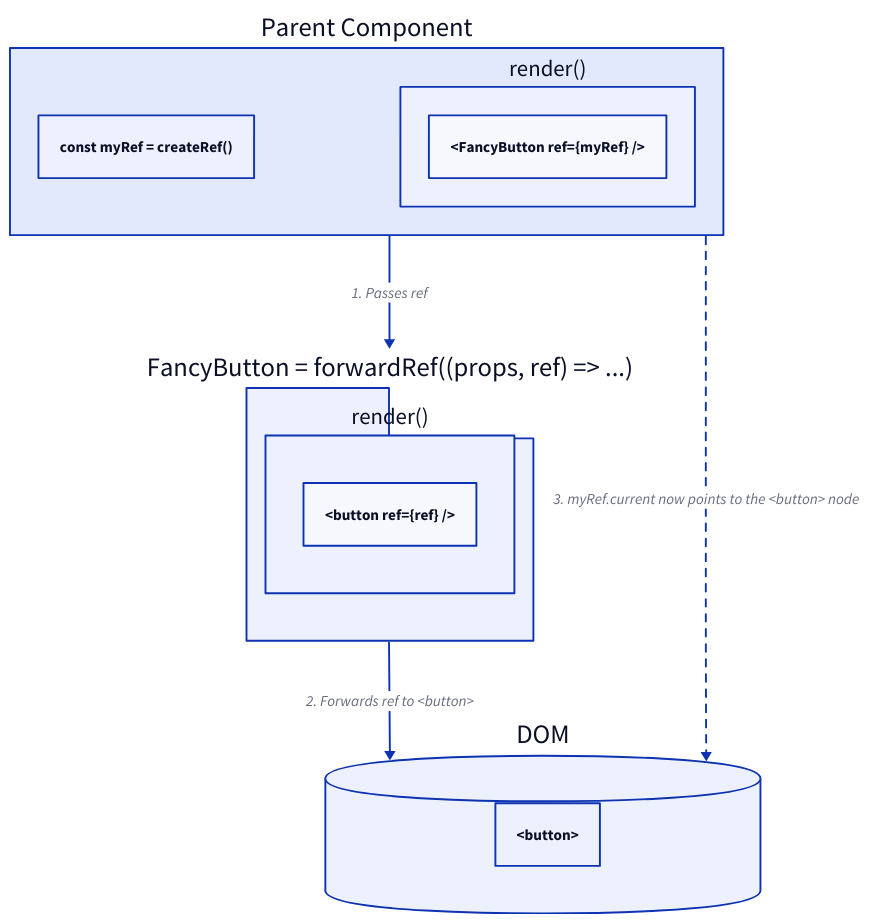
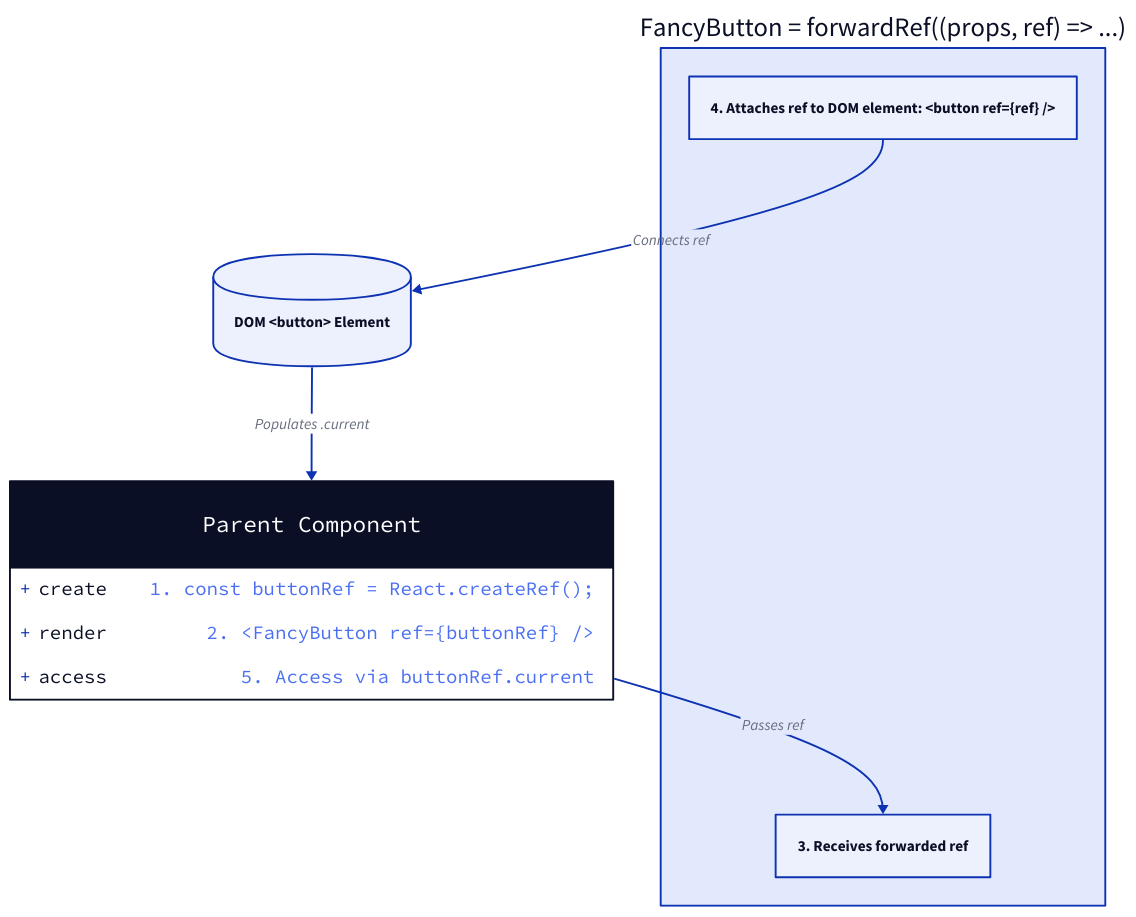
Before and after one commit to lban2049/react: the diagram in packages/react/.aigne/doc-smith/docs/core-apis-refs.md, drawn with D2. The commit also changed other lines of this file and 46 other files, not shown here.

````diff
--- a/packages/react/.aigne/doc-smith/docs/core-apis-refs.md
+++ b/packages/react/.aigne/doc-smith/docs/core-apis-refs.md
@@ -113,30 +83,43 @@
 ```d2
 direction: down
 
-"Parent Component": {
-  shape: rectangle
-  "const myRef = createRef()"
+Parent-Component: {
+  label: "Parent Component"
+  shape: class
 
-  "render()": {
-    "<FancyButton ref={myRef} />"
+  create: {
+    label: "1. const buttonRef = React.createRef();"
+  }
+
+  render: {
+    label: "2. <FancyButton ref={buttonRef} />"
+  }
+
+  access: {
+    label: "5. Access via buttonRef.current"
   }
 }
 
-"FancyButton = forwardRef((props, ref) => ...)": {
-  shape: package
-  "render()": {
-    "<button ref={ref} />"
+FancyButton: {
+  label: "FancyButton = forwardRef((props, ref) => ...)"
+  shape: rectangle
+
+  receive: {
+    label: "3. Receives forwarded ref"
+  }
+
+  attach: {
+    label: "4. Attaches ref to DOM element: <button ref={ref} />"
   }
 }
 
-"DOM": {
+DOM-Button: {
+  label: "DOM <button> Element"
   shape: cylinder
-  "<button>"
 }
 
-"Parent Component" -> "FancyButton = forwardRef((props, ref) => ...)": "1. Passes ref"
-"FancyButton = forwardRef((props, ref) => ...)" -> "DOM": "2. Forwards ref to <button>"
-"Parent Component" -> "DOM": "3. myRef.current now points to the <button> node" {
-  style.stroke-dash: 4
-}
+Parent-Component.render -> FancyButton.receive: "Passes ref"
+FancyButton.attach -> DOM-Button: "Connects ref"
+DOM-Button -> Parent-Component.access: "Populates .current"
+
 ```
````
